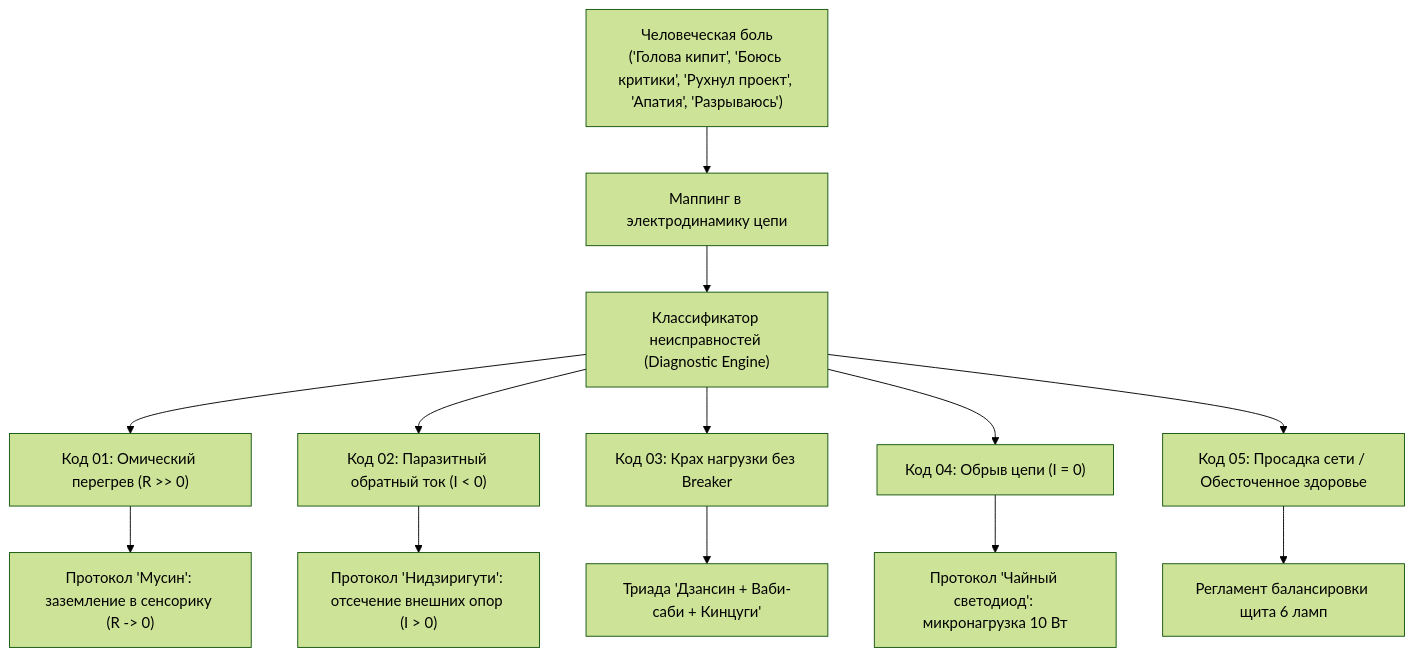
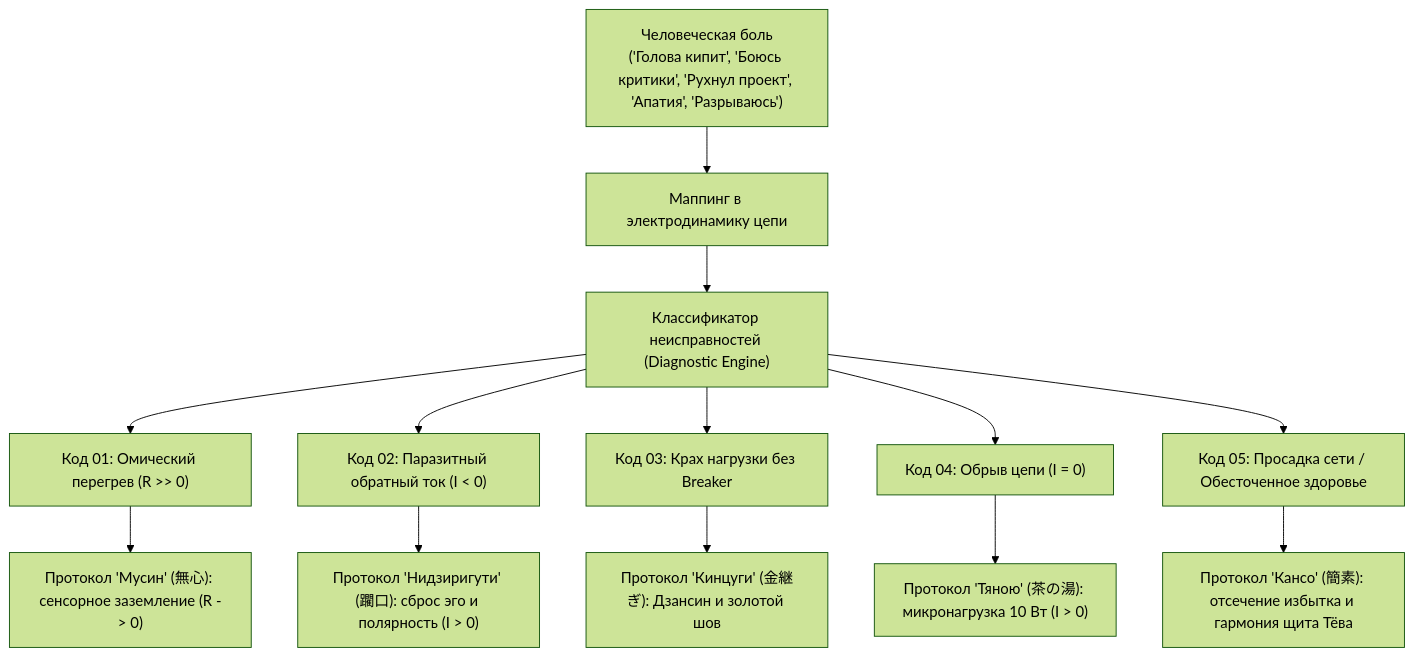
One commit to vsanyanov-ux/inner-current changed the first of 2 diagrams in wiki/06-diagnostic-machine.md. Above: the diagram before and after it, drawn with Mermaid (forest theme). The commit also changed other lines of this file and 15 other files, not shown here.

````diff
--- a/wiki/06-diagnostic-machine.md
+++ b/wiki/06-diagnostic-machine.md
@@ -24,16 +24,16 @@
 ```mermaid
 flowchart TD
     State["Человеческая боль<br/>('Голова кипит', 'Боюсь критики', 'Рухнул проект', 'Апатия', 'Разрываюсь')"] --> Telemetry["Маппинг в электродинамику цепи"]
     Telemetry --> Classifier["Классификатор неисправностей (Diagnostic Engine)"]
     Classifier --> D1["Код 01: Омический перегрев (R >> 0)"]
     Classifier --> D2["Код 02: Паразитный обратный ток (I < 0)"]
     Classifier --> D3["Код 03: Крах нагрузки без Breaker"]
     Classifier --> D4["Код 04: Обрыв цепи (I = 0)"]
     Classifier --> D5["Код 05: Просадка сети / Обесточенное здоровье"]
 
-    D1 --> Fix1["Протокол 'Мусин': заземление в сенсорику (R -> 0)"]
-    D2 --> Fix2["Протокол 'Нидзиригути': отсечение внешних опор (I > 0)"]
-    D3 --> Fix3["Триада 'Дзансин + Ваби-саби + Кинцуги'"]
-    D4 --> Fix4["Протокол 'Чайный светодиод': микронагрузка 10 Вт"]
-    D5 --> Fix5["Регламент балансировки щита 6 ламп"]
+    D1 --> Fix1["Протокол 'Мусин' (無心): сенсорное заземление (R -> 0)"]
+    D2 --> Fix2["Протокол 'Нидзиригути' (躙口): сброс эго и полярность (I > 0)"]
+    D3 --> Fix3["Протокол 'Кинцуги' (金継ぎ): Дзансин и золотой шов"]
+    D4 --> Fix4["Протокол 'Тяною' (茶の湯): микронагрузка 10 Вт (I > 0)"]
+    D5 --> Fix5["Протокол 'Кансо' (簡素): отсечение избытка и гармония щита Тёва"]
 ```
````
